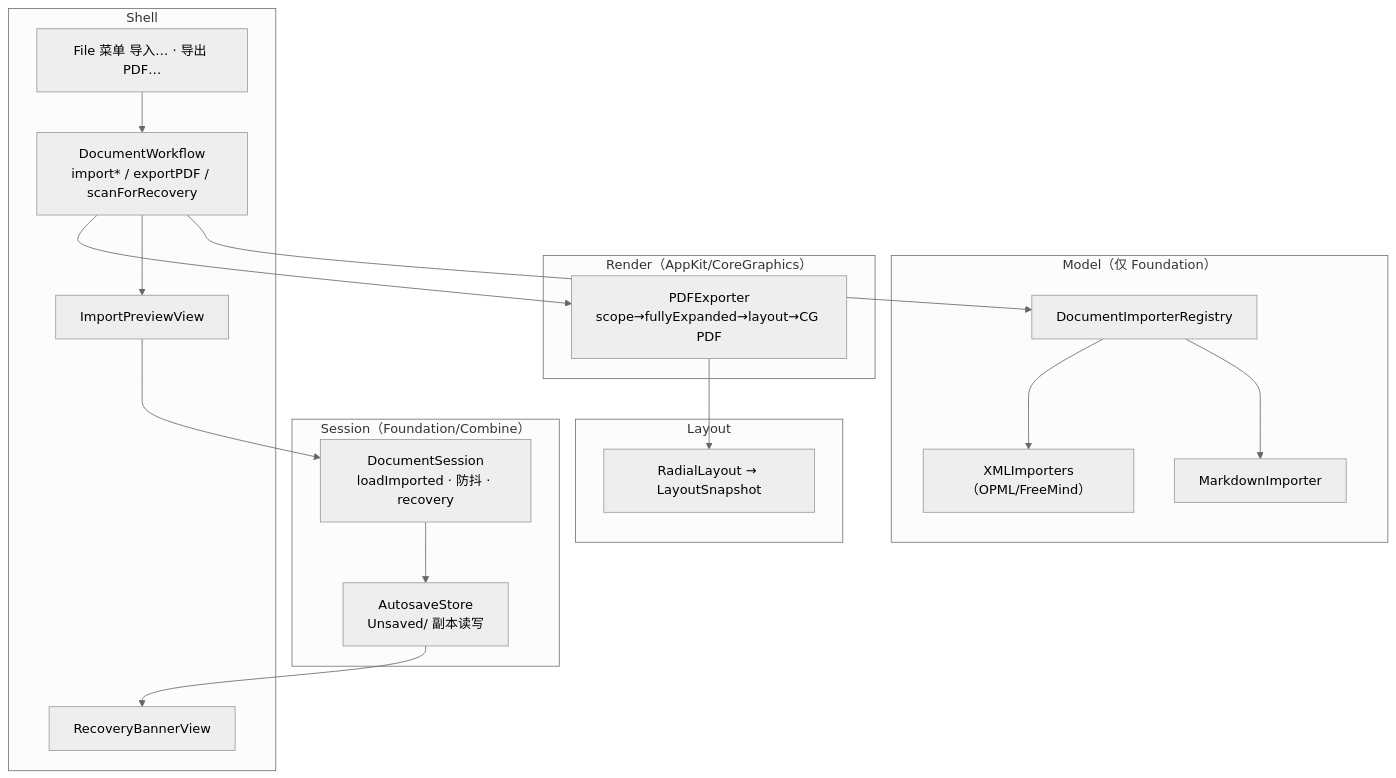
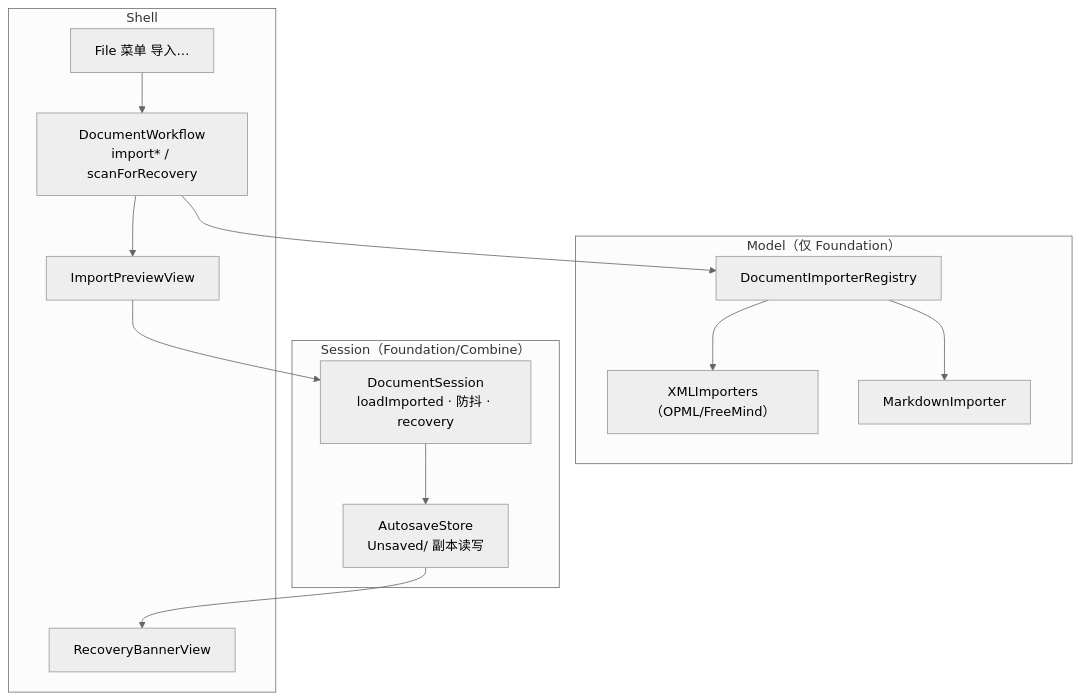
The diagram in docs/superpowers/specs/2026-09-30-ymind-import-export-design.md (LieonShelly/Linva), drawn with Mermaid (neutral theme) before and after one commit. The commit also changed other lines of this file and 3 other files, not shown here.

````diff
--- a/docs/superpowers/specs/2026-09-30-ymind-import-export-design.md
+++ b/docs/superpowers/specs/2026-09-30-ymind-import-export-design.md
@@ -51,30 +48,23 @@
 ```mermaid
 flowchart TB
   subgraph Model["Model（仅 Foundation）"]
     Reg["DocumentImporterRegistry"]
     MD["MarkdownImporter"]
     XML["XMLImporters（OPML/FreeMind）"]
-  end
-  subgraph Layout["Layout"]
-    L["RadialLayout → LayoutSnapshot"]
-  end
-  subgraph Render["Render（AppKit/CoreGraphics）"]
-    PDF["PDFExporter<br/>scope→fullyExpanded→layout→CG PDF"]
   end
   subgraph Session["Session（Foundation/Combine）"]
     AS["AutosaveStore<br/>Unsaved/ 副本读写"]
     DS["DocumentSession<br/>loadImported · 防抖 · recovery"]
   end
   subgraph Shell["Shell"]
     IP["ImportPreviewView"]
     RB["RecoveryBannerView"]
-    WF["DocumentWorkflow<br/>import* / exportPDF / scanForRecovery"]
-    Menu["File 菜单 导入… · 导出 PDF…"]
+    WF["DocumentWorkflow<br/>import* / scanForRecovery"]
+    Menu["File 菜单 导入…"]
   end
   Menu --> WF
   WF --> Reg ; Reg --> MD ; Reg --> XML
   WF --> IP ; IP --> DS
-  WF --> PDF ; PDF --> L
   DS --> AS
   AS --> RB
 ```
````
